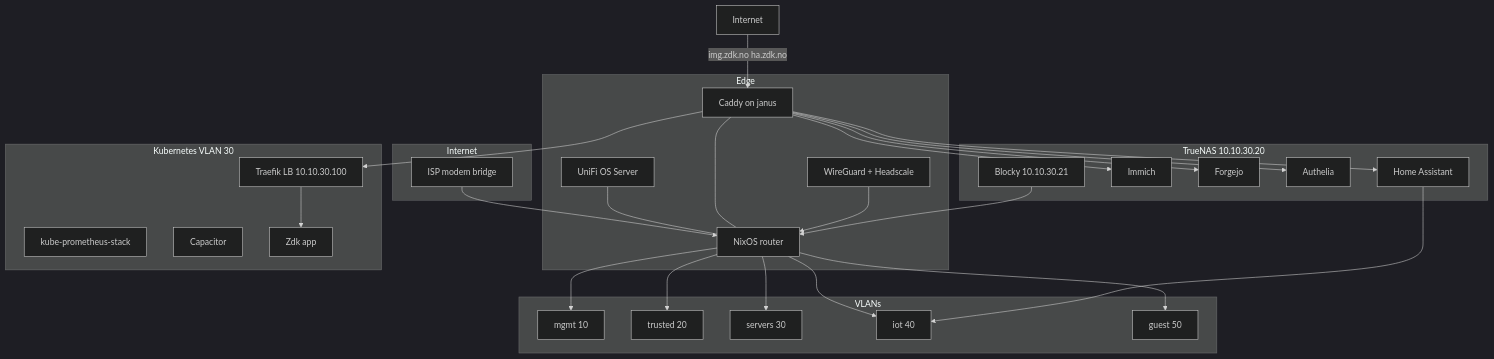
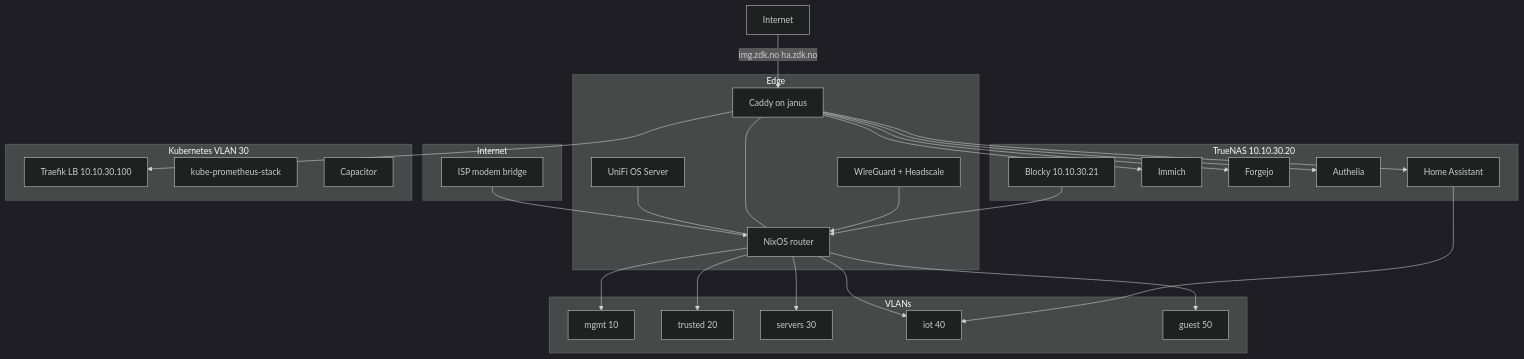
The first of 4 diagrams in docs/architecture.md (sknutsen/network), drawn with Mermaid (dark theme) before and after one commit. The commit also changed other lines of this file and 17 other files, not shown here.

````diff
--- a/docs/architecture.md
+++ b/docs/architecture.md
@@ -7,51 +7,49 @@
 ```mermaid
 flowchart TB
   subgraph internet [Internet]
     ISP[ISP modem bridge]
   end
 
   subgraph edge [Edge]
     Router[NixOS router]
     UniFi[UniFi OS Server]
     WG[WireGuard + Headscale]
     Caddy[Caddy on janus]
   end
 
   subgraph vlans [VLANs]
     MGMT[mgmt 10]
     TRUSTED[trusted 20]
     SERVERS[servers 30]
     IOT[iot 40]
     GUEST[guest 50]
   end
 
   subgraph truenas [TrueNAS 10.10.30.20]
     HA[Home Assistant]
     Immich[Immich]
     Forgejo[Forgejo]
     Authelia[Authelia]
     Blocky[Blocky 10.10.30.21]
   end
 
   subgraph k8s [Kubernetes VLAN 30]
     Traefik[Traefik LB 10.10.30.100]
     Obs[kube-prometheus-stack]
     Cap[Capacitor]
-    Zdk[Zdk app]
   end
 
   ISP --> Router
   UniFi --- Router
   Caddy --- Router
   Router --> MGMT & TRUSTED & SERVERS & IOT & GUEST
   WG --> Router
   Caddy --> Traefik
   Caddy --> Forgejo
   Caddy --> Authelia
   Caddy --> HA
   Caddy --> Immich
   Blocky --> Router
-  Traefik --> Zdk
   HA --> IOT
   InternetUsers[Internet] -->|img.zdk.no ha.zdk.no| Caddy
 ```
````
